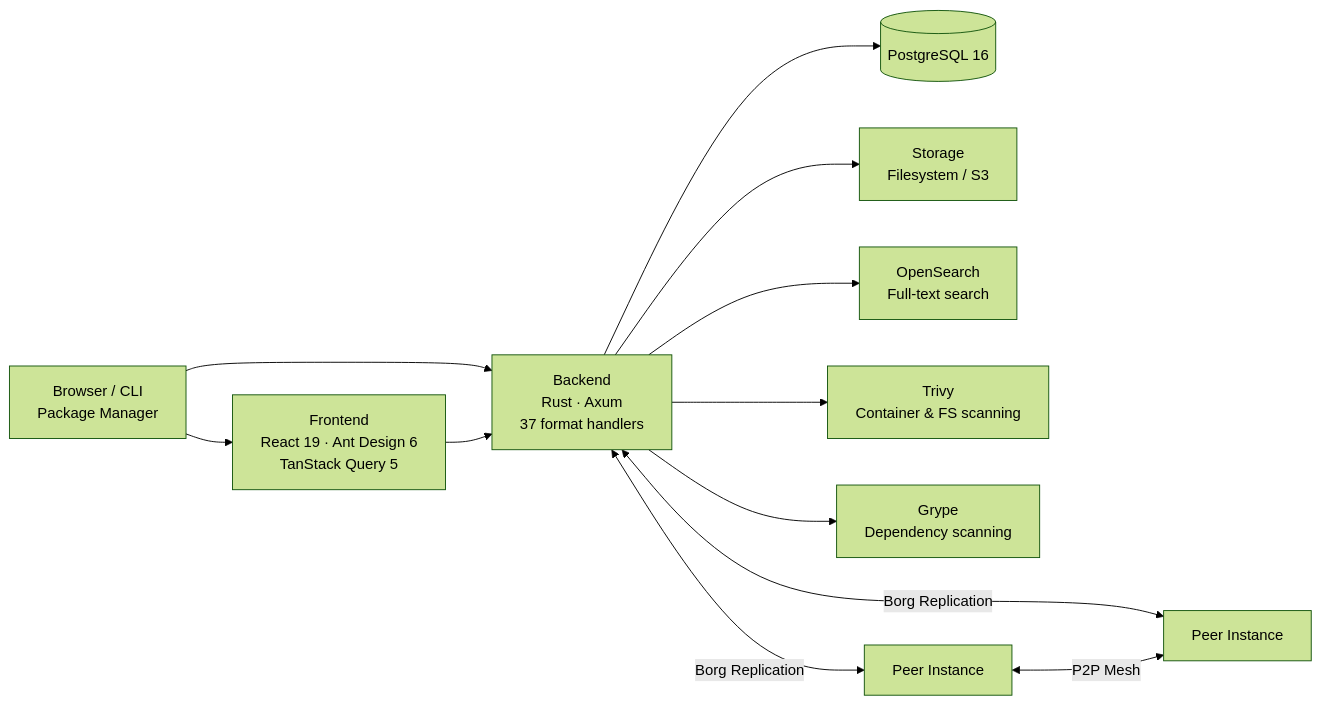
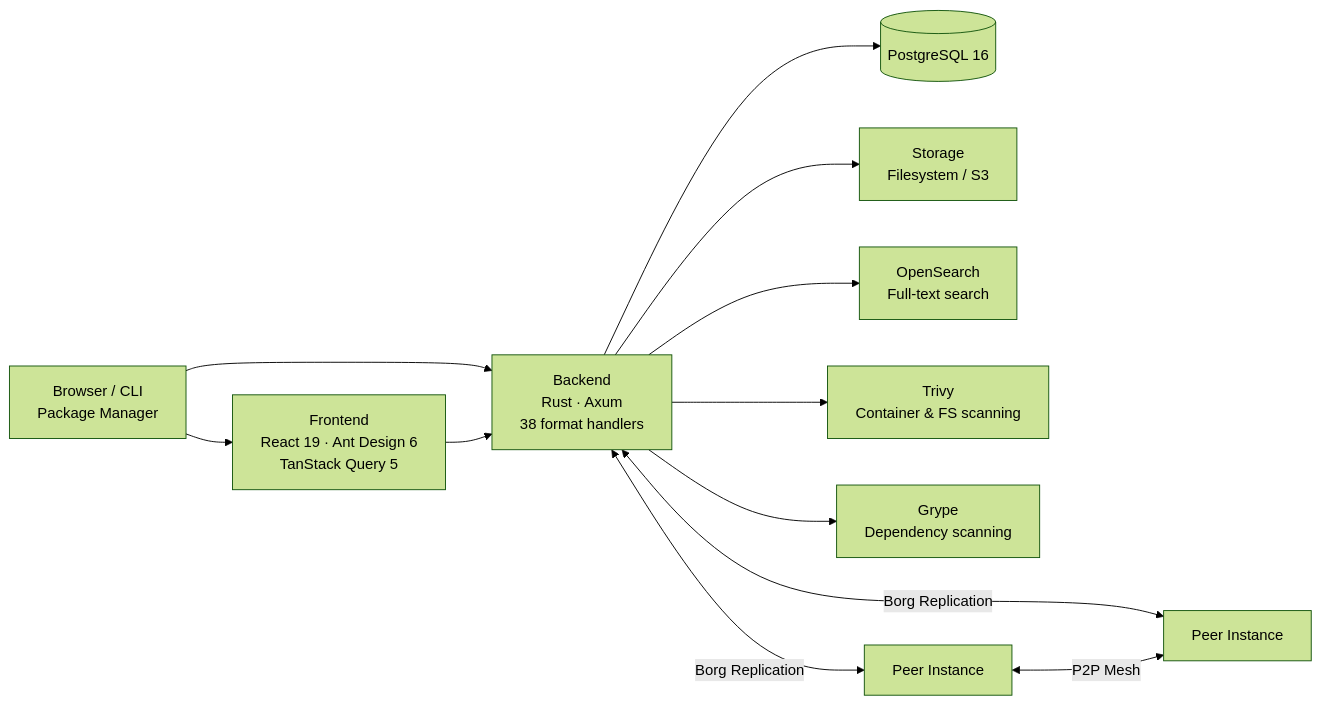
One commit to artifact-keeper/artifact-keeper-site changed the first of 6 diagrams in src/content/docs/docs/getting-started/architecture.mdx. Above: the diagram before and after it, drawn with Mermaid (forest theme). The commit also changed other lines of this file and 15 other files, not shown here.

````diff
--- a/src/content/docs/docs/getting-started/architecture.mdx
+++ b/src/content/docs/docs/getting-started/architecture.mdx
@@ -14,25 +14,25 @@
 ```mermaid
 graph LR
     Client["Browser / CLI<br/>Package Manager"]
     Frontend["Frontend<br/>React 19 · Ant Design 6<br/>TanStack Query 5"]
-    Backend["Backend<br/>Rust · Axum<br/>37 format handlers"]
+    Backend["Backend<br/>Rust · Axum<br/>38 format handlers"]
     DB[(PostgreSQL 16)]
     Storage["Storage<br/>Filesystem / S3"]
     Search["OpenSearch<br/>Full-text search"]
     Trivy["Trivy<br/>Container & FS scanning"]
     Grype["Grype<br/>Dependency scanning"]
     Peer1["Peer Instance"]
     Peer2["Peer Instance"]
 
     Client --> Frontend
     Client --> Backend
     Frontend --> Backend
     Backend --> DB
     Backend --> Storage
     Backend --> Search
     Backend --> Trivy
     Backend --> Grype
     Backend <-->|Borg Replication| Peer1
     Backend <-->|Borg Replication| Peer2
     Peer1 <-->|P2P Mesh| Peer2
 ```
````
